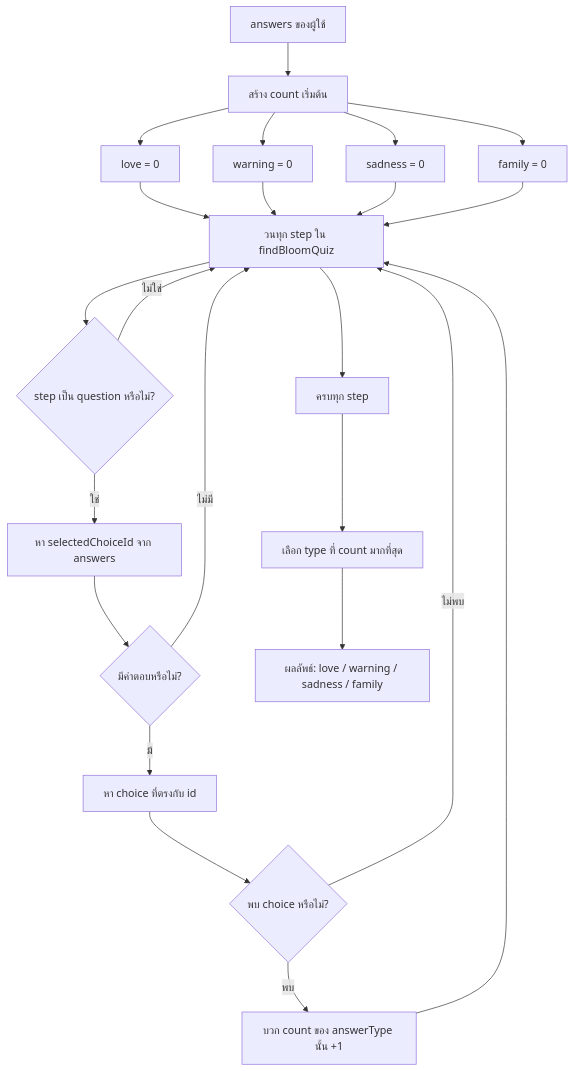
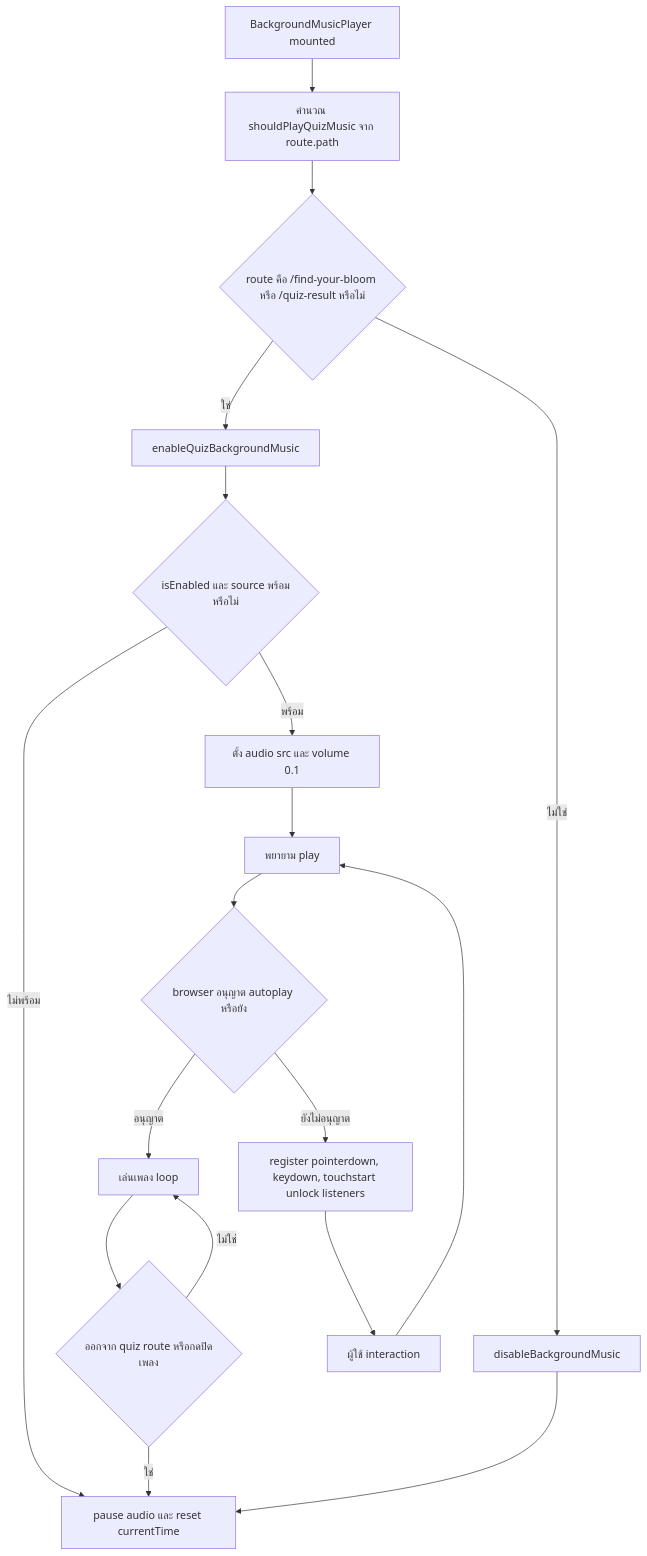
One commit to pawataven/the-sis-web changed diagram 12 of 15 in docs/flowcharts.md. Above: the diagram before and after it, drawn with Mermaid. The commit also changed other lines of this file and 10 other files, not shown here.

````diff
--- a/docs/flowcharts.md
+++ b/docs/flowcharts.md
@@ -184,28 +329,22 @@
 ```mermaid
 flowchart TD
-  A[answers ของผู้ใช้] --> B[สร้าง count เริ่มต้น]
-  B --> C[love = 0]
-  B --> D[warning = 0]
-  B --> E[sadness = 0]
-  B --> F[family = 0]
+  A["BackgroundMusicPlayer mounted"] --> B["คำนวณ shouldPlayQuizMusic จาก route.path"]
+  B --> C{"route คือ /find-your-bloom หรือ /quiz-result หรือไม่"}
+  C -- "ใช่" --> D["enableQuizBackgroundMusic"]
+  C -- "ไม่ใช่" --> E["disableBackgroundMusic"]
 
-  C --> G[วนทุก step ใน findBloomQuiz]
-  D --> G
-  E --> G
-  F --> G
+  D --> F{"isEnabled และ source พร้อมหรือไม่"}
+  E --> G["pause audio และ reset currentTime"]
+  F -- "ไม่พร้อม" --> G
+  F -- "พร้อม" --> H["ตั้ง audio src และ volume 0.1"]
+  H --> I["พยายาม play"]
+  I --> J{"browser อนุญาต autoplay หรือยัง"}
+  J -- "อนุญาต" --> K["เล่นเพลง loop"]
+  J -- "ยังไม่อนุญาต" --> L["register pointerdown, keydown, touchstart unlock listeners"]
+  L --> M["ผู้ใช้ interaction"]
+  M --> I
 
-  G --> H{step เป็น question หรือไม่?}
-  H -- ไม่ใช่ --> G
-  H -- ใช่ --> I[หา selectedChoiceId จาก answers]
-  I --> J{มีคำตอบหรือไม่?}
-  J -- ไม่มี --> G
-  J -- มี --> K[หา choice ที่ตรงกับ id]
-  K --> L{พบ choice หรือไม่?}
-  L -- ไม่พบ --> G
-  L -- พบ --> M[บวก count ของ answerType นั้น +1]
-  M --> G
-
-  G --> N[ครบทุก step]
-  N --> O[เลือก type ที่ count มากที่สุด]
-  O --> P[ผลลัพธ์: love / warning / sadness / family]
+  K --> N{"ออกจาก quiz route หรือกดปิดเพลง"}
+  N -- "ใช่" --> G
+  N -- "ไม่ใช่" --> K
 ```
````
